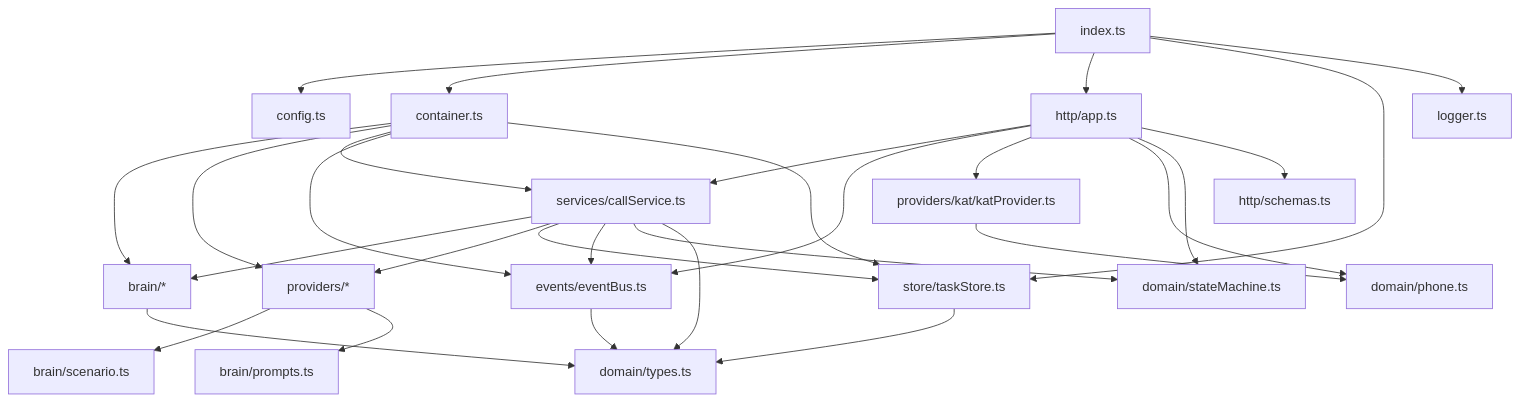
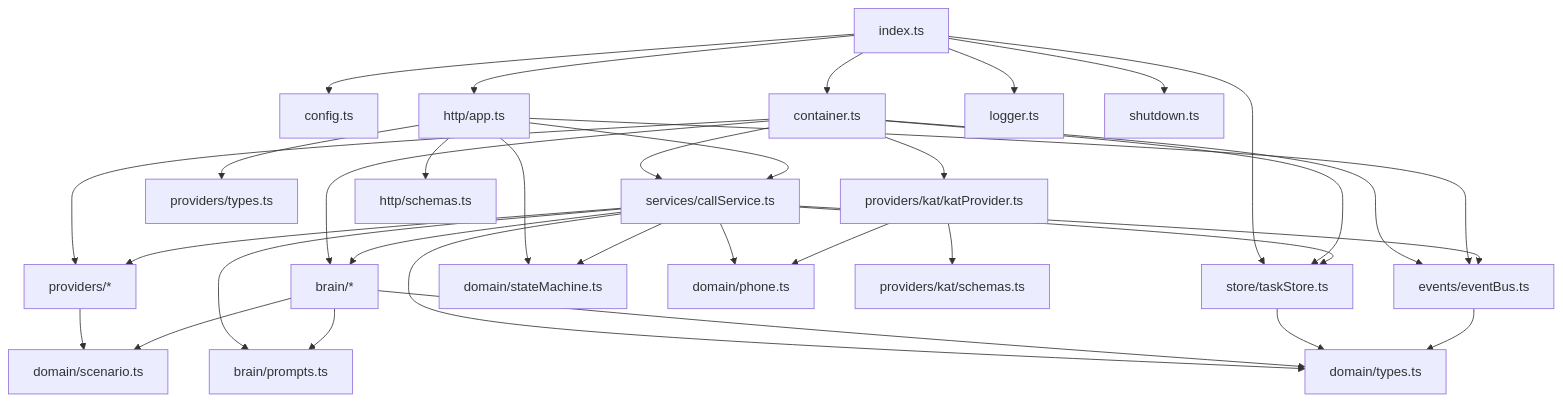
Before and after one commit to Jason8117/jason-danmuzi: the first of 2 diagrams in .moai/project/codemaps/dependencies.md, drawn with Mermaid. The commit also changed other lines of this file and 5 other files, not shown here.

````diff
--- a/.moai/project/codemaps/dependencies.md
+++ b/.moai/project/codemaps/dependencies.md
@@ -37,31 +37,36 @@
 ```mermaid
 flowchart TD
   index[index.ts] --> config[config.ts]
   index --> container[container.ts]
   index --> http[http/app.ts]
   index --> store[store/taskStore.ts]
   index --> logger[logger.ts]
   container --> brain[brain/*]
   container --> providers[providers/*]
   container --> service[services/callService.ts]
   container --> events[events/eventBus.ts]
   container --> store
   http --> service
   http --> events
-  http --> kat[providers/kat/katProvider.ts]
-  http --> phone[domain/phone.ts]
+  http --> ptypes[providers/types.ts]
   http --> sm[domain/stateMachine.ts]
+  index --> shutdown[shutdown.ts]
+  container --> kat[providers/kat/katProvider.ts]
+  service --> phone[domain/phone.ts]
+  service --> prompts
   http --> schemas[http/schemas.ts]
   service --> brain
   service --> providers
   service --> store
   service --> events
   service --> sm
   service --> types[domain/types.ts]
-  providers --> scenario[brain/scenario.ts]
-  providers --> prompts[brain/prompts.ts]
+  providers --> scenario[domain/scenario.ts]
+  brain --> scenario
+  brain --> prompts[brain/prompts.ts]
   kat --> phone
+  kat --> katschemas[providers/kat/schemas.ts]
   brain --> types
   store --> types
   events --> types
 ```
````
